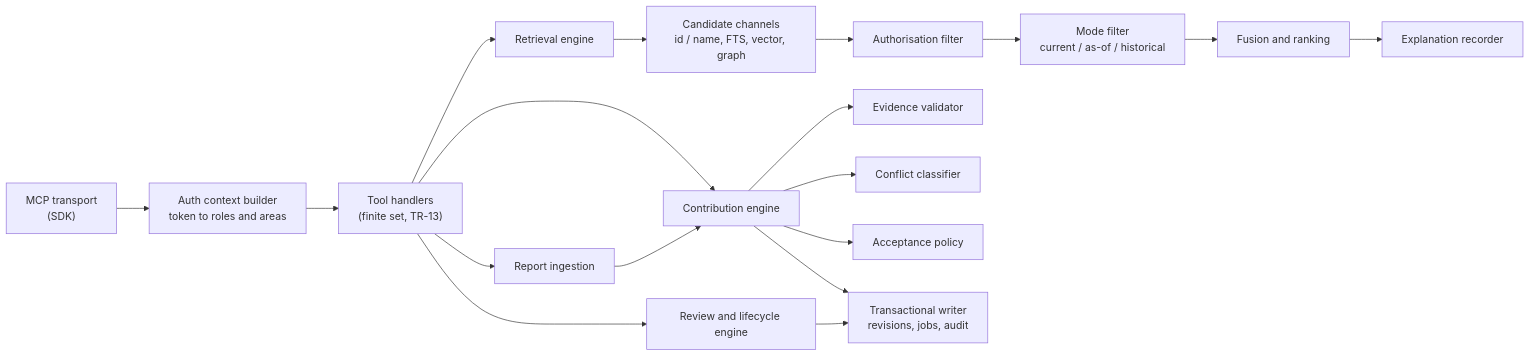
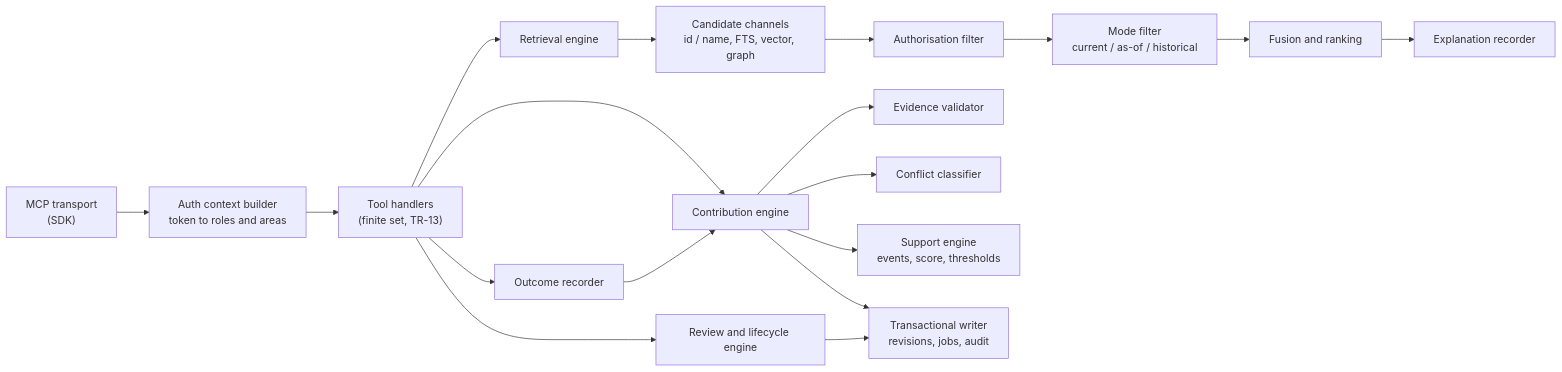
Before and after one commit to rztaylor/Froodbase: the third of 11 diagrams in docs/planning/03-architecture-design.md, drawn with Mermaid. The commit also changed other lines of this file and 14 other files, not shown here.

````diff
--- a/docs/planning/03-architecture-design.md
+++ b/docs/planning/03-architecture-design.md
@@ -134,20 +133,20 @@
 ```mermaid
 flowchart LR
     T["MCP transport<br/>(SDK)"] --> AUTH["Auth context builder<br/>token to roles and areas"]
     AUTH --> TOOLS["Tool handlers<br/>(finite set, TR-13)"]
     TOOLS --> RET["Retrieval engine"]
     TOOLS --> CON["Contribution engine"]
     TOOLS --> REV["Review and lifecycle engine"]
-    TOOLS --> ING["Report ingestion"]
+    TOOLS --> OUT["Outcome recorder"]
     RET --> CH["Candidate channels<br/>id / name, FTS, vector, graph"]
     CH --> FIL["Authorisation filter"]
     FIL --> MODE["Mode filter<br/>current / as-of / historical"]
     MODE --> RANK["Fusion and ranking"]
     RANK --> EXP["Explanation recorder"]
     CON --> VAL["Evidence validator"]
     CON --> CLS["Conflict classifier"]
-    CON --> POL["Acceptance policy"]
+    CON --> SUP["Support engine<br/>events, score, thresholds"]
     CON --> TX["Transactional writer<br/>revisions, jobs, audit"]
     REV --> TX
-    ING --> CON
+    OUT --> CON
 ```
````
